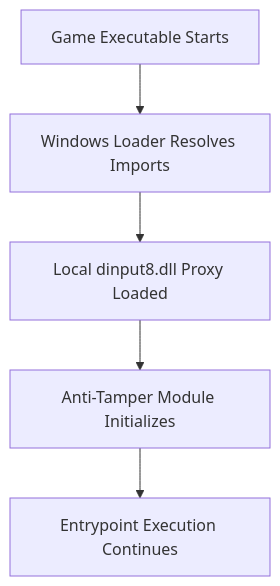
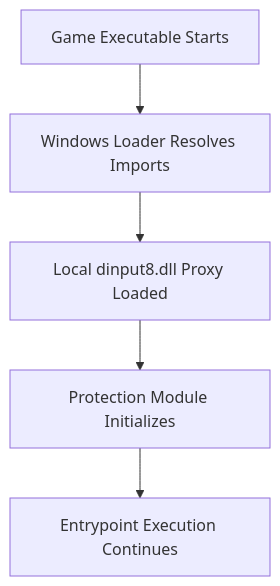
One commit to lobsterrev/lobsterrev.github.io changed the diagram in _posts/2026-01-31-MSPS.md. Above: the diagram before and after it, drawn with Mermaid. The commit also changed other lines of this file, not shown here.

```diff
--- a/_posts/2026-01-31-MSPS.md
+++ b/_posts/2026-01-31-MSPS.md
@@ -41,7 +41,7 @@
 <pre class="mermaid">
 flowchart TD
     A[Game Executable Starts] --> B[Windows Loader Resolves Imports]
     B --> C[Local dinput8.dll Proxy Loaded]
-    C --> D[Anti-Tamper Module Initializes]
+    C --> D[Protection Module Initializes]
     D --> E[Entrypoint Execution Continues]
 </pre>
```
